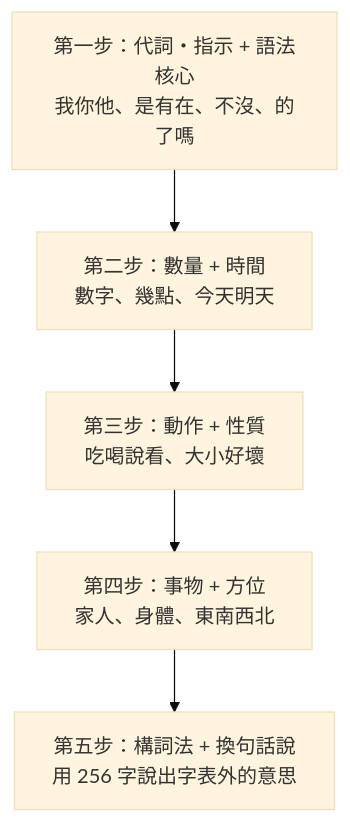
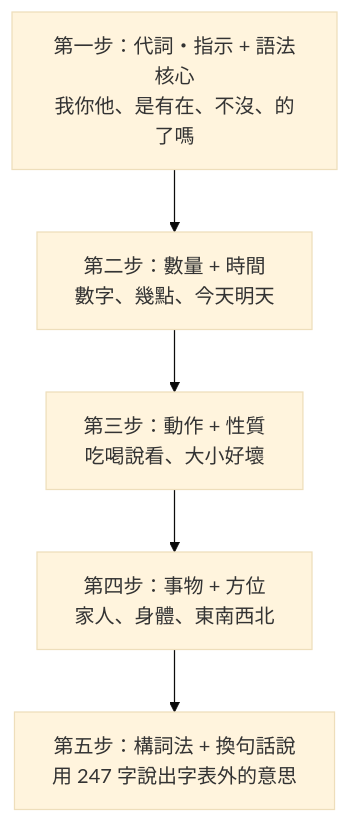
One commit to ccc-claude-opus/mini-lm changed the second of 2 diagrams in mini-lang/mini-lang.md. Above: the diagram before and after it, drawn with Mermaid (base theme). The commit also changed other lines of this file and 46 other files, not shown here.

````diff
--- a/mini-lang/mini-lang.md
+++ b/mini-lang/mini-lang.md
@@ -674,7 +669,7 @@
 ```mermaid
 flowchart TB
   A["第一步：代詞・指示 + 語法核心<br/>我你他、是有在、不沒、的了嗎"] --> B["第二步：數量 + 時間<br/>數字、幾點、今天明天"]
   B --> C["第三步：動作 + 性質<br/>吃喝說看、大小好壞"]
   C --> D["第四步：事物 + 方位<br/>家人、身體、東南西北"]
-  D --> E["第五步：構詞法 + 換句話說<br/>用 256 字說出字表外的意思"]
+  D --> E["第五步：構詞法 + 換句話說<br/>用 247 字說出字表外的意思"]
 ```
````
